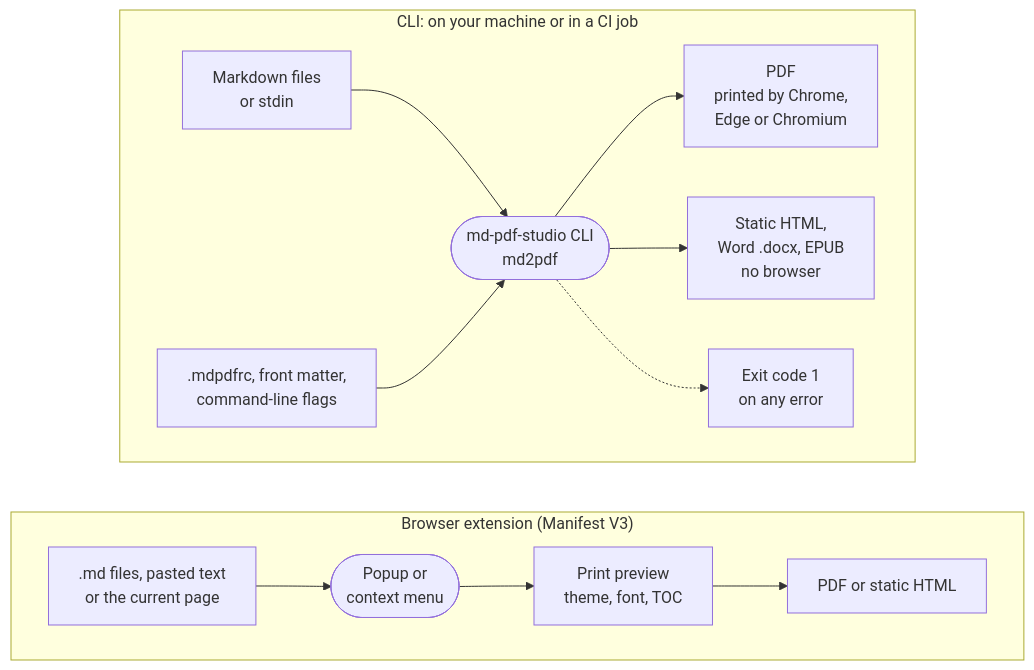
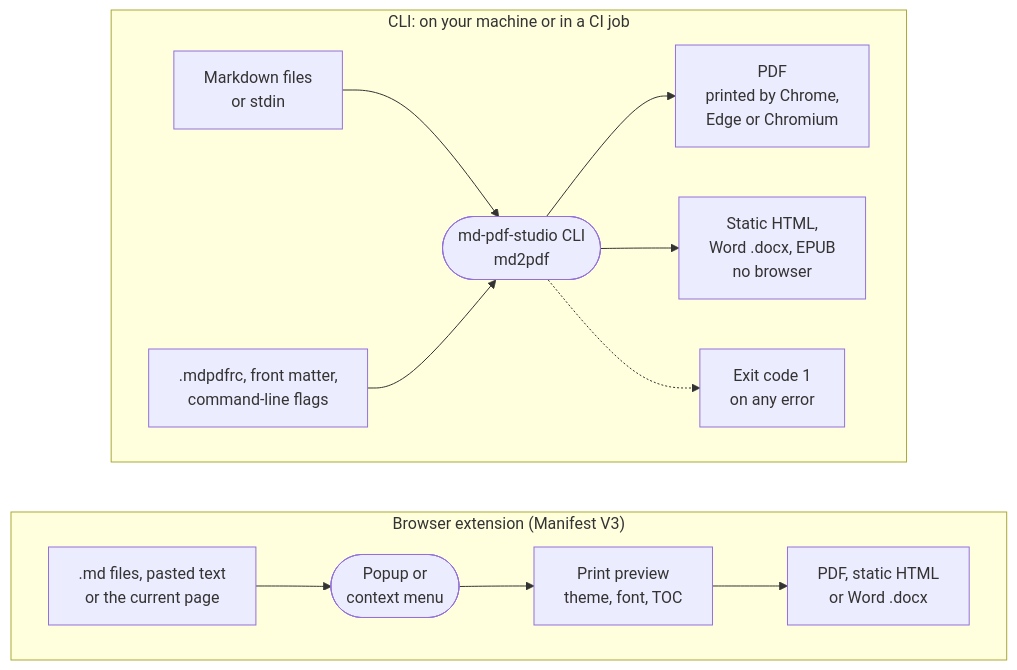
One commit to vannt-dev/convert-md-to-pdf changed the diagram in docs/diagrams/overview.mmd. Above: the diagram before and after it, drawn with Mermaid. The commit also changed 16 other files, not shown here.

First line of the commit message:
feat(extension): export Word (.docx) from the preview (#67)

```diff
--- a/docs/diagrams/overview.mmd
+++ b/docs/diagrams/overview.mmd
@@ -1,27 +1,27 @@
 %% Re-render the SVGs after editing: npm run diagrams
 flowchart TB
   subgraph cliflow ["CLI: on your machine or in a CI job"]
     direction LR
     md["Markdown files<br/>or stdin"]
     settings[".mdpdfrc, front matter,<br/>command-line flags"]
     cli(["md-pdf-studio CLI<br/>md2pdf"])
     pdf["PDF<br/>printed by Chrome,<br/>Edge or Chromium"]
     other["Static HTML,<br/>Word .docx, EPUB<br/>no browser"]
     exit["Exit code 1<br/>on any error"]
     md --> cli
     settings --> cli
     cli --> pdf
     cli --> other
     cli -.-> exit
   end
 
   subgraph extflow ["Browser extension (Manifest V3)"]
     direction LR
     extin[".md files, pasted text<br/>or the current page"]
     ext(["Popup or<br/>context menu"])
     preview["Print preview<br/>theme, font, TOC"]
-    extout["PDF or static HTML"]
+    extout["PDF, static HTML<br/>or Word .docx"]
     extin --> ext --> preview --> extout
   end
 
   cliflow ~~~ extflow
```
